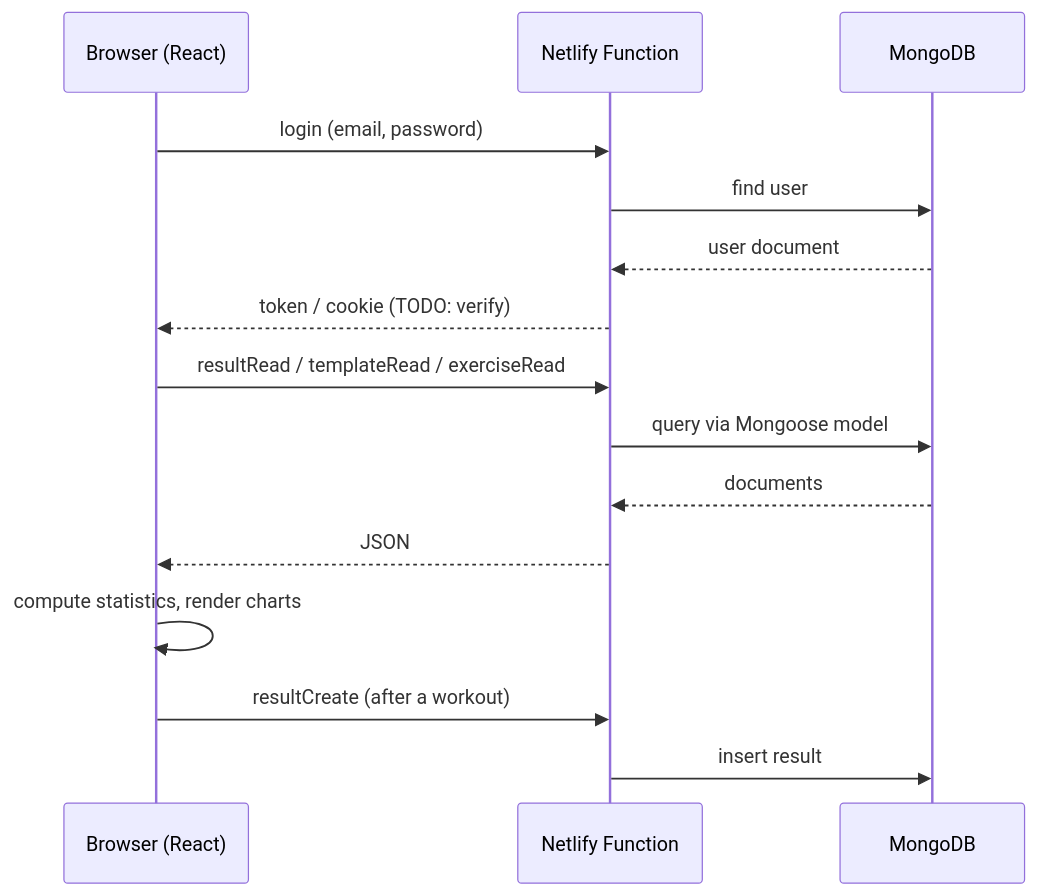
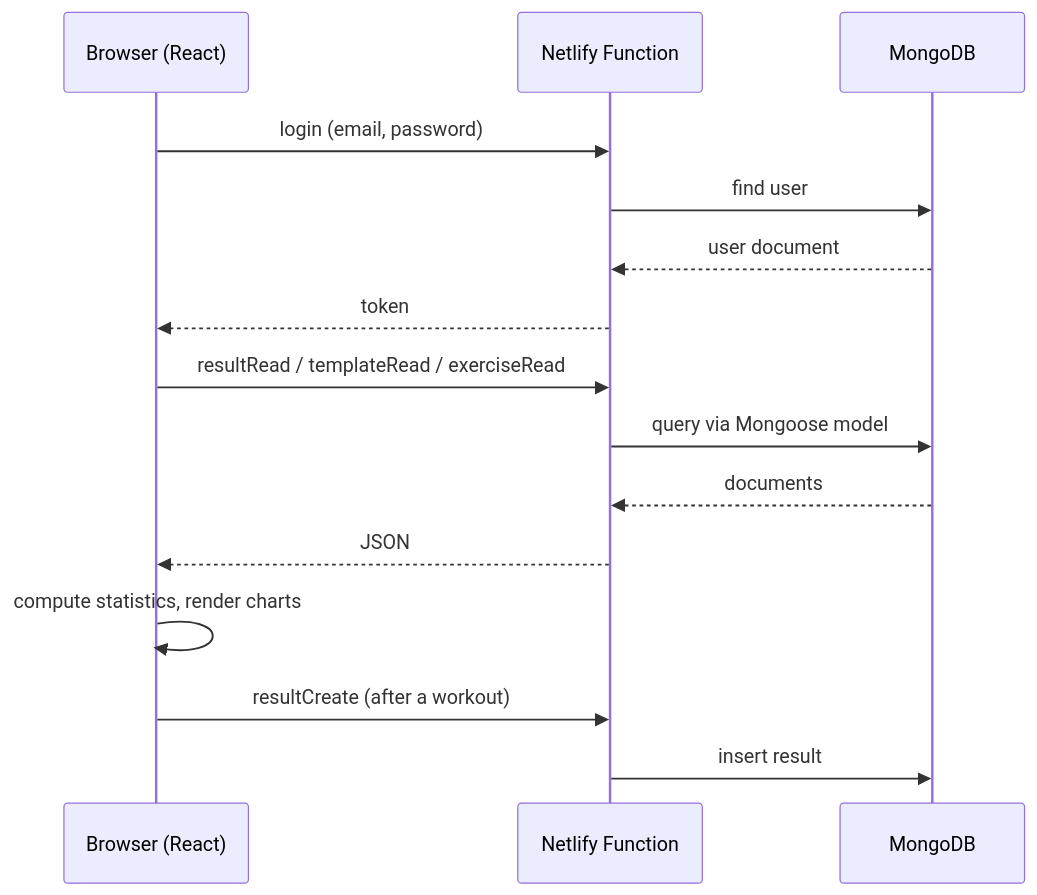
Before and after one commit to GaussFighting/GymApp: the second of 3 diagrams in README.md, drawn with Mermaid. The commit also changed other lines of this file, not shown here.

````diff
--- a/README.md
+++ b/README.md
@@ -91,18 +91,18 @@
 ```mermaid
 sequenceDiagram
     participant B as Browser (React)
     participant F as Netlify Function
     participant M as MongoDB
 
     B->>F: login (email, password)
     F->>M: find user
     M-->>F: user document
-    F-->>B: token / cookie (TODO: verify)
+    F-->>B: token 
     B->>F: resultRead / templateRead / exerciseRead
     F->>M: query via Mongoose model
     M-->>F: documents
     F-->>B: JSON
     B->>B: compute statistics, render charts
     B->>F: resultCreate (after a workout)
     F->>M: insert result
 ```
````
